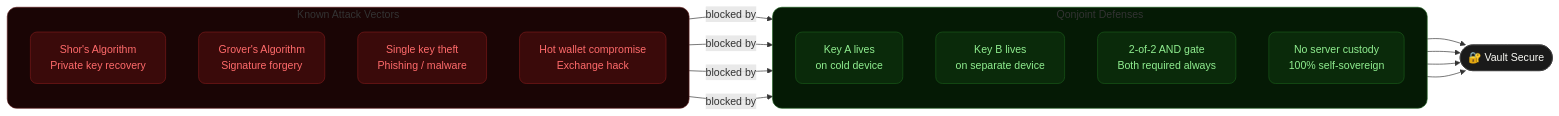
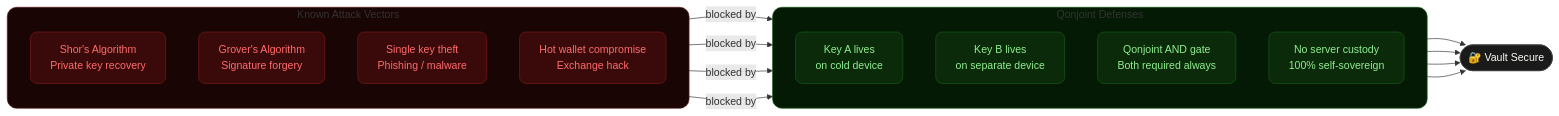
One commit to bitqoinorg/.github changed the fifth of 5 diagrams in profile/README.md. Above: the diagram before and after it, drawn with Mermaid. The commit also changed other lines of this file, not shown here.

````diff
--- a/profile/README.md
+++ b/profile/README.md
@@ -173,33 +173,33 @@
 ```mermaid
 flowchart LR
     classDef threat fill:#3a0a0a,color:#ff6b6b,stroke:#7a1a1a,rx:10
     classDef defense fill:#0a2a0a,color:#90ee90,stroke:#1a5a1a,rx:10
     classDef neutral fill:#1a1a1a,color:#FAFAF5,stroke:#3a3a3a,rx:10
 
     subgraph ATTACKS ["Known Attack Vectors"]
         direction TB
         T1["Shor's Algorithm<br/>Private key recovery"]:::threat
         T2["Grover's Algorithm<br/>Signature forgery"]:::threat
         T3["Single key theft<br/>Phishing / malware"]:::threat
         T4["Hot wallet compromise<br/>Exchange hack"]:::threat
     end
 
     subgraph QONJOINT ["Qonjoint Defenses"]
         direction TB
         D1["Key A lives<br/>on cold device"]:::defense
         D2["Key B lives<br/>on separate device"]:::defense
-        D3["2-of-2 AND gate<br/>Both required always"]:::defense
+        D3["Qonjoint AND gate<br/>Both required always"]:::defense
         D4["No server custody<br/>100% self-sovereign"]:::defense
     end
 
     RESULT(["🔐 Vault Secure"]):::neutral
 
     T1 --> |blocked by| D3
     T2 --> |blocked by| D3
     T3 --> |blocked by| D2
     T4 --> |blocked by| D4
     D1 & D2 & D3 & D4 --> RESULT
 
     style ATTACKS fill:#1a0505,stroke:#5a1a1a,rx:14
     style QONJOINT fill:#051a05,stroke:#1a5a1a,rx:14
 ```
````
